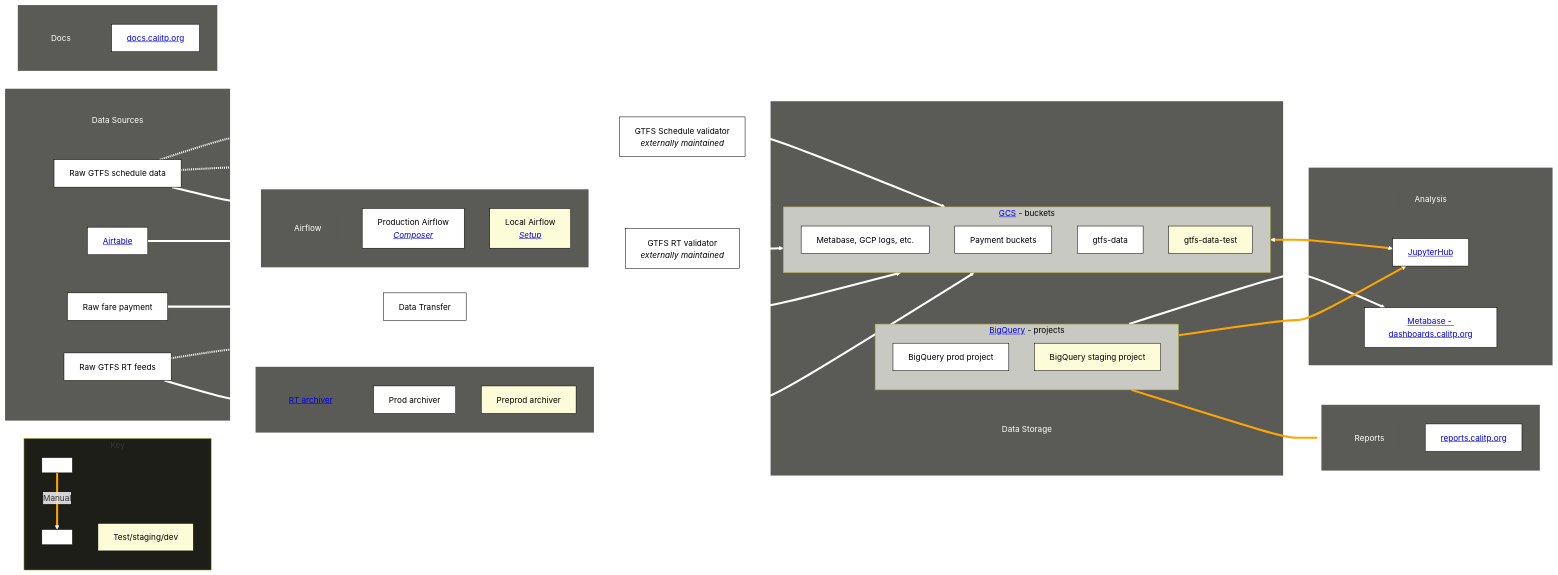
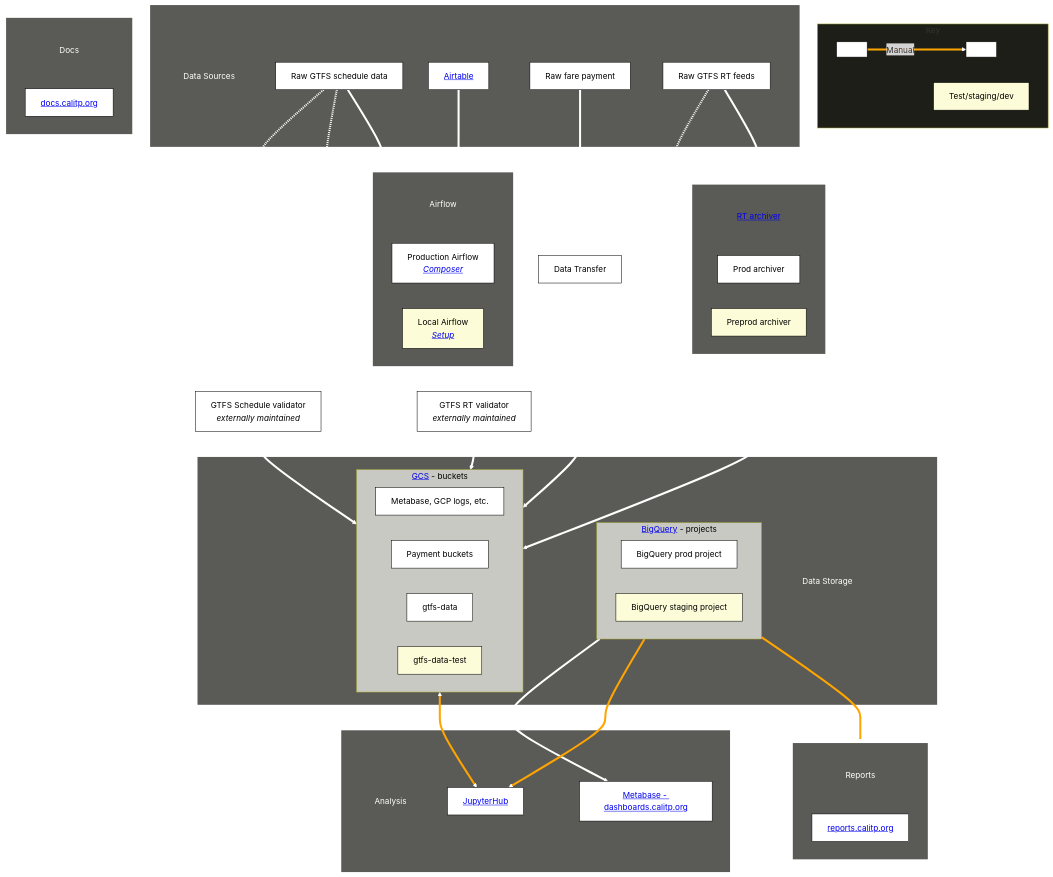
The diagram in docs/architecture/architecture_overview.md (cal-itp/data-infra), drawn with Mermaid before and after one commit.

Commit message:
docs(developers): tweak diagram orientation

````diff
--- a/docs/architecture/architecture_overview.md
+++ b/docs/architecture/architecture_overview.md
@@ -6,6 +6,7 @@
 ```mermaid
-flowchart LR
-
+flowchart TD
+%% note that you seemingly cannot have a subgraph that only contains other subgraphs
+%% so I am using "label" nodes to make sure each subgraph has at least one direct child
     subgraph key[Key]
         empty3[ ]--Manual-->empty4[ ]
         test[Test/staging/dev]
````
